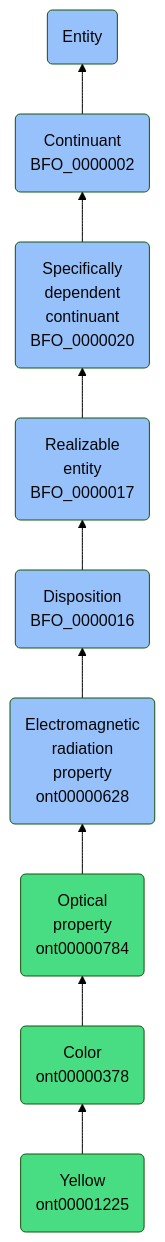
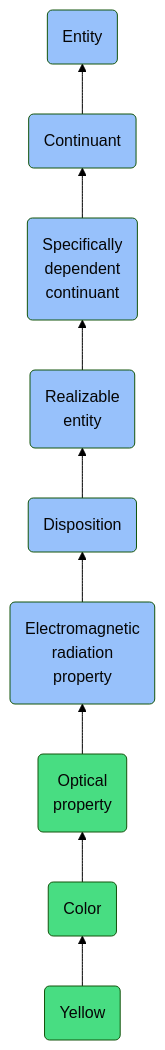
Before and after one commit to jupyter-naas/abi: the diagram in docs/ontology/reference/model/Entity/Continuant/Specifically dependent continuant/Realizable entity/Disposition/Electromagnetic radiation property/Optical property/Color/Yellow/Yellow.md, drawn with Mermaid (forest theme). The commit also changed other lines of this file and 1430 other files, not shown here.

````diff
--- a/docs/ontology/reference/model/Entity/Continuant/Specifically dependent continuant/Realizable entity/Disposition/Electromagnetic radiation property/Optical property/Color/Yellow/Yellow.md
+++ b/docs/ontology/reference/model/Entity/Continuant/Specifically dependent continuant/Realizable entity/Disposition/Electromagnetic radiation property/Optical property/Color/Yellow/Yellow.md
@@ -24,16 +24,16 @@
 ```mermaid
 graph BT
-    ont00001225(Yellow<br>ont00001225):::ABI-->ont00000378
-    ont00000378(Color<br>ont00000378):::ABI-->ont00000784
-    ont00000784(Optical<br>property<br>ont00000784):::ABI-->ont00000628
-    ont00000628(Electromagnetic<br>radiation<br>property<br>ont00000628):::BFO-->BFO_0000016
-    BFO_0000016(Disposition<br>BFO_0000016):::BFO-->BFO_0000017
-    BFO_0000017(Realizable<br>entity<br>BFO_0000017):::BFO-->BFO_0000020
-    BFO_0000020(Specifically<br>dependent<br>continuant<br>BFO_0000020):::BFO-->BFO_0000002
-    BFO_0000002(Continuant<br>BFO_0000002):::BFO-->BFO_0000001
+    ont00001225(Yellow):::ABI-->ont00000378
+    ont00000378(Color):::ABI-->ont00000784
+    ont00000784(Optical<br>property):::ABI-->ont00000628
+    ont00000628(Electromagnetic<br>radiation<br>property):::BFO-->BFO_0000016
+    BFO_0000016(Disposition):::BFO-->BFO_0000017
+    BFO_0000017(Realizable<br>entity):::BFO-->BFO_0000020
+    BFO_0000020(Specifically<br>dependent<br>continuant):::BFO-->BFO_0000002
+    BFO_0000002(Continuant):::BFO-->BFO_0000001
     BFO_0000001(Entity):::BFO
     
     classDef BFO fill:#97c1fb,color:#060606
     classDef CCO fill:#e4c51e,color:#060606
     classDef ABI fill:#48DD82,color:#060606
 ```
````
